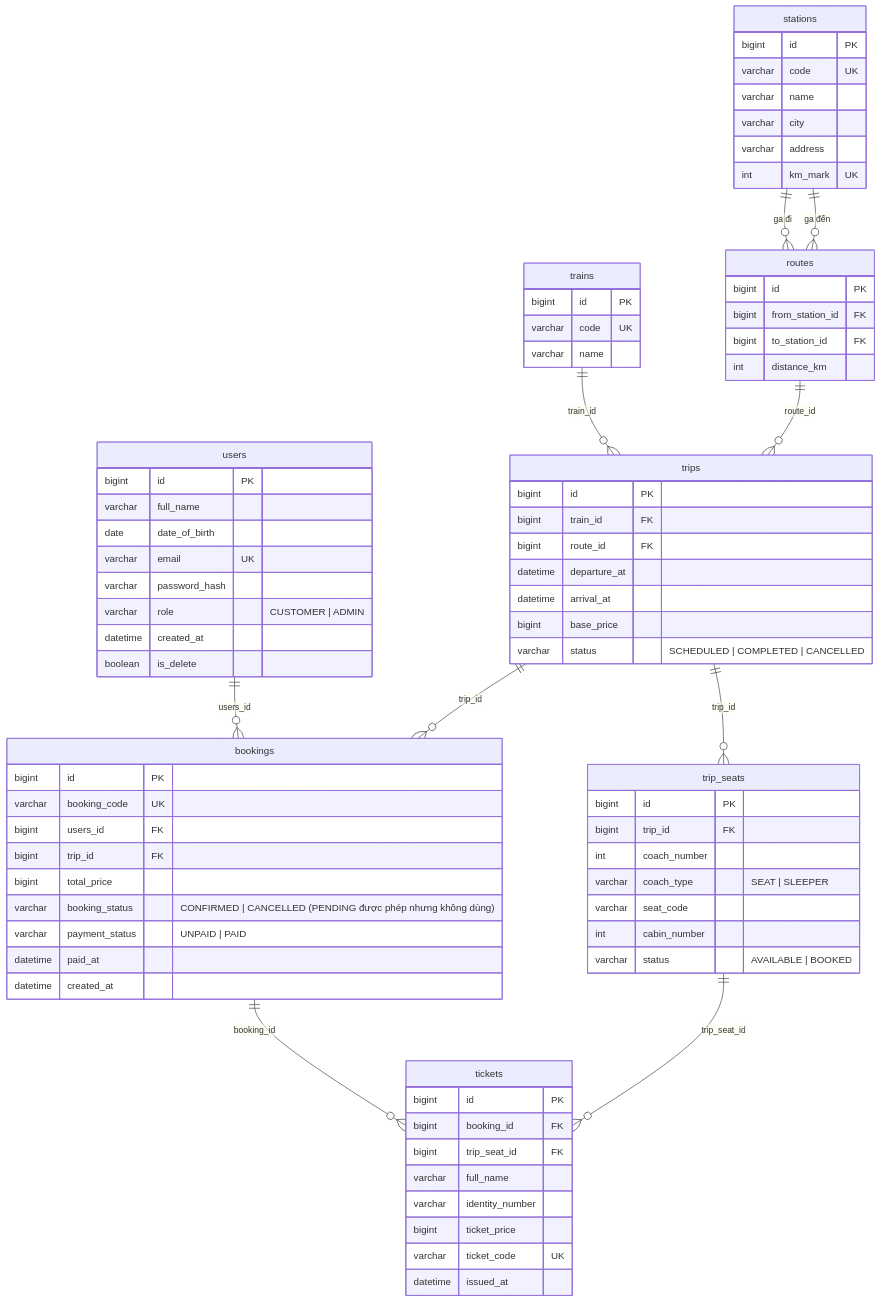
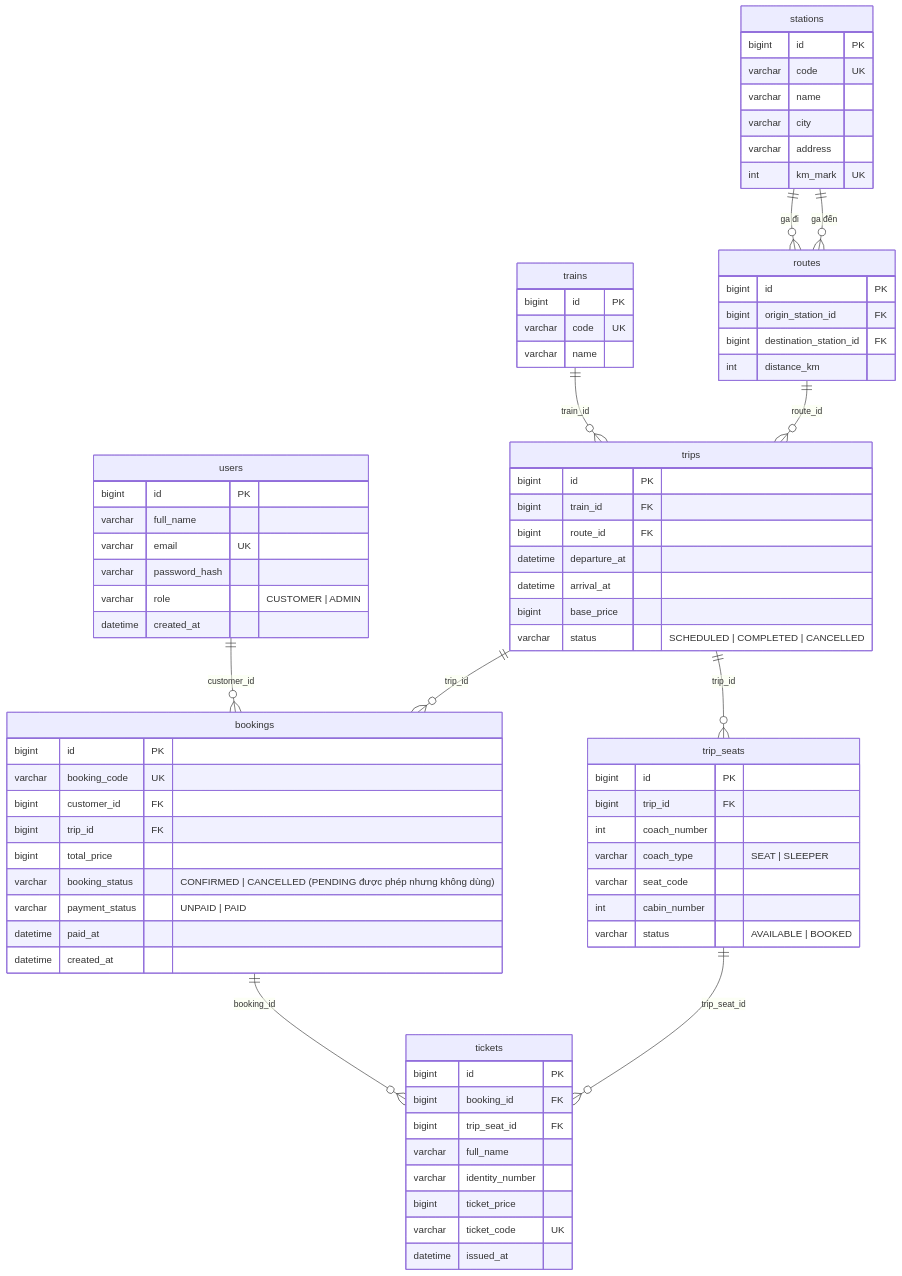
Before and after one commit to Train-go/train-go: the diagram in docs/reports/erd-hien-tai.md, drawn with Mermaid. The commit also changed other lines of this file and 12 other files, not shown here.

````diff
--- a/docs/reports/erd-hien-tai.md
+++ b/docs/reports/erd-hien-tai.md
@@ -24,81 +27,79 @@
 ```mermaid
 erDiagram
     stations {
         bigint id PK
         varchar code UK
         varchar name
         varchar city
         varchar address
         int km_mark UK
     }
     routes {
         bigint id PK
-        bigint from_station_id FK
-        bigint to_station_id FK
+        bigint origin_station_id FK
+        bigint destination_station_id FK
         int distance_km
     }
     trains {
         bigint id PK
         varchar code UK
         varchar name
     }
     trips {
         bigint id PK
         bigint train_id FK
         bigint route_id FK
         datetime departure_at
         datetime arrival_at
         bigint base_price
         varchar status "SCHEDULED | COMPLETED | CANCELLED"
     }
     trip_seats {
         bigint id PK
         bigint trip_id FK
         int coach_number
         varchar coach_type "SEAT | SLEEPER"
         varchar seat_code
         int cabin_number
         varchar status "AVAILABLE | BOOKED"
     }
     users {
         bigint id PK
         varchar full_name
-        date date_of_birth
         varchar email UK
         varchar password_hash
         varchar role "CUSTOMER | ADMIN"
         datetime created_at
-        boolean is_delete
     }
     bookings {
         bigint id PK
         varchar booking_code UK
-        bigint users_id FK
+        bigint customer_id FK
         bigint trip_id FK
         bigint total_price
         varchar booking_status "CONFIRMED | CANCELLED (PENDING được phép nhưng không dùng)"
         varchar payment_status "UNPAID | PAID"
         datetime paid_at
         datetime created_at
     }
     tickets {
         bigint id PK
         bigint booking_id FK
         bigint trip_seat_id FK
         varchar full_name
         varchar identity_number
         bigint ticket_price
         varchar ticket_code UK
         datetime issued_at
     }
 
     stations ||--o{ routes : "ga đi"
     stations ||--o{ routes : "ga đến"
     trains ||--o{ trips : "train_id"
     routes ||--o{ trips : "route_id"
     trips ||--o{ trip_seats : "trip_id"
-    users ||--o{ bookings : "users_id"
+    users ||--o{ bookings : "customer_id"
     trips ||--o{ bookings : "trip_id"
     bookings ||--o{ tickets : "booking_id"
     trip_seats ||--o{ tickets : "trip_seat_id"
 ```
````
